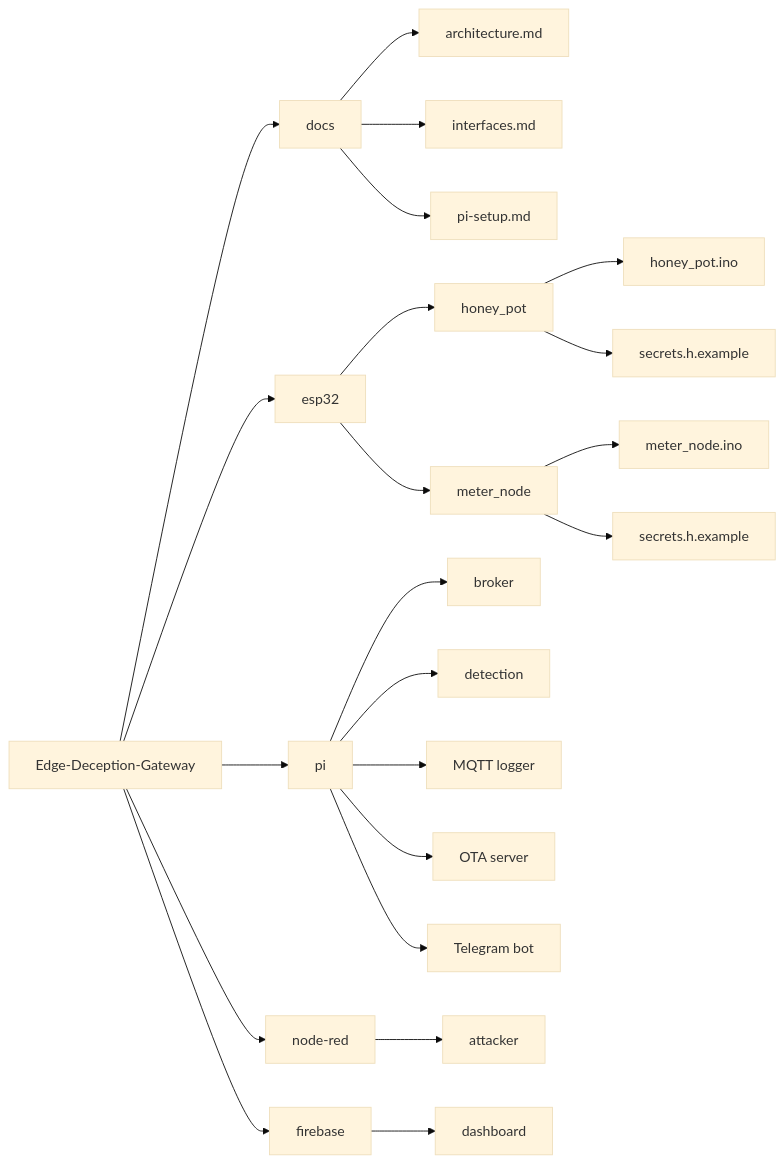
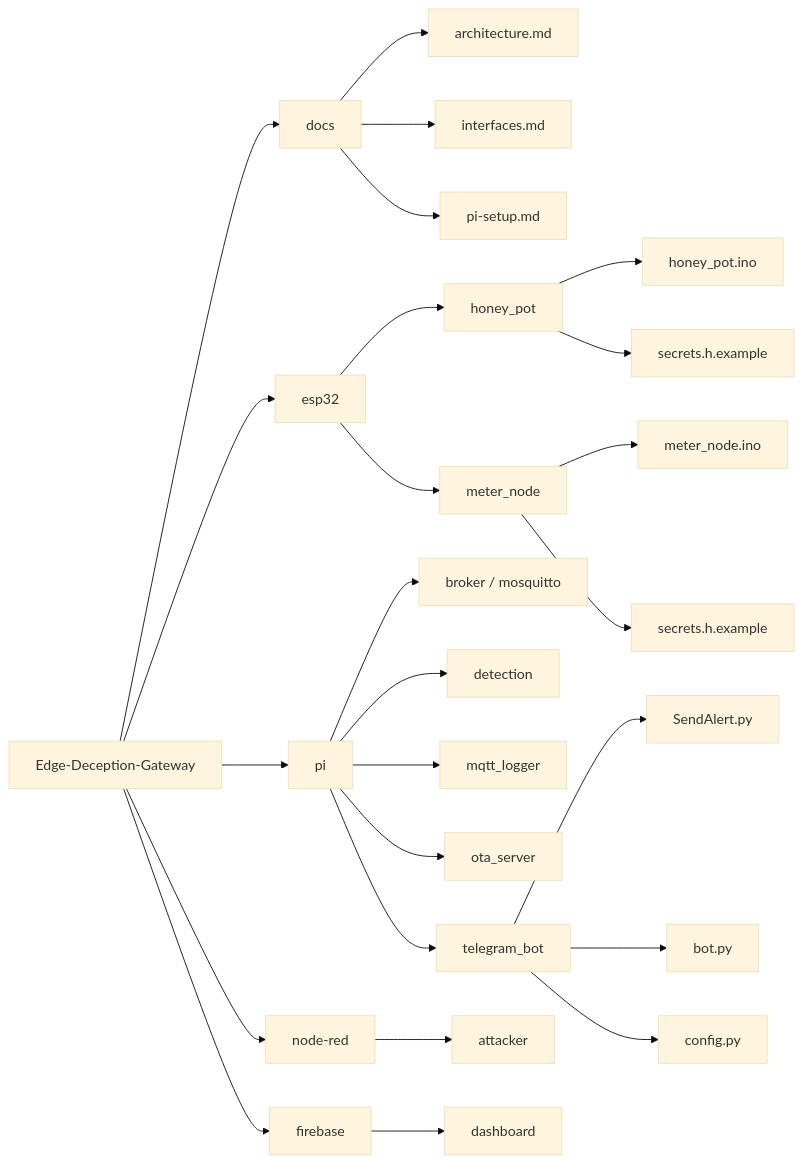
The diagram in README.md (HaneenHany/Edge-Deception-Gateway), drawn with Mermaid (base theme) before and after one commit.

````diff
--- a/README.md
+++ b/README.md
@@ -1,28 +1,32 @@
 ```mermaid
 flowchart LR
   R["Edge-Deception-Gateway"] --> D["docs"]
   R --> E["esp32"]
   R --> P["pi"]
   R --> N["node-red"]
   R --> F["firebase"]
 
   D --> D1["architecture.md"]
   D --> D2["interfaces.md"]
   D --> D3["pi-setup.md"]
 
   E --> E1["honey_pot"]
   E --> E2["meter_node"]
   E1 --> E1a["honey_pot.ino"]
   E1 --> E1b["secrets.h.example"]
   E2 --> E2a["meter_node.ino"]
   E2 --> E2b["secrets.h.example"]
 
-  P --> P1["broker"]
+  P --> P1["broker / mosquitto"]
   P --> P2["detection"]
-  P --> P3["MQTT logger"]
-  P --> P4["OTA server"]
-  P --> P5["Telegram bot"]
+  P --> P3["mqtt_logger"]
+  P --> P4["ota_server"]
+  P --> P5["telegram_bot"]
+
+  P5 --> P5a["SendAlert.py"]
+  P5 --> P5b["bot.py"]
+  P5 --> P5c["config.py"]
 
   N --> N1["attacker"]
   F --> F1["dashboard"]
 ```
````
